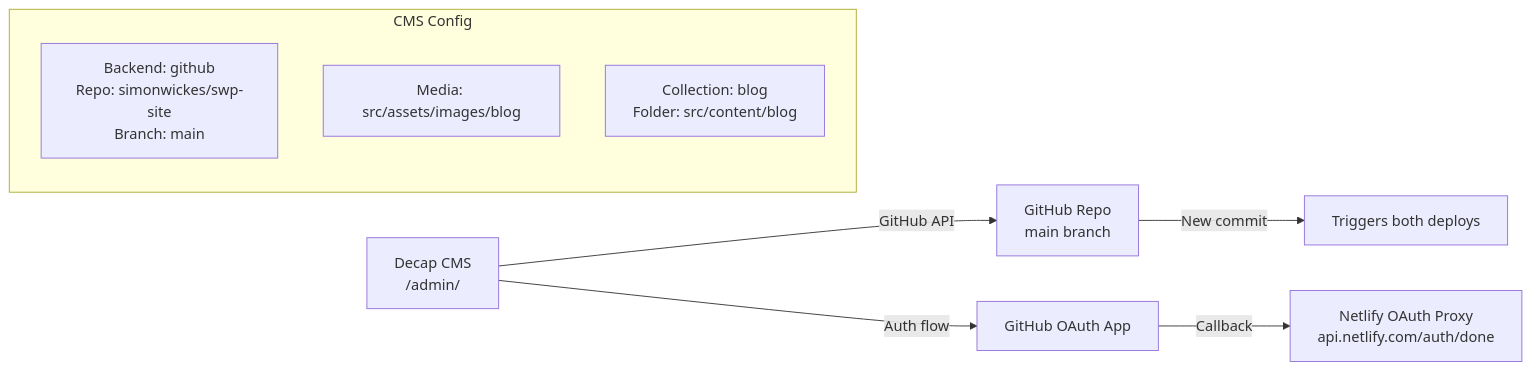
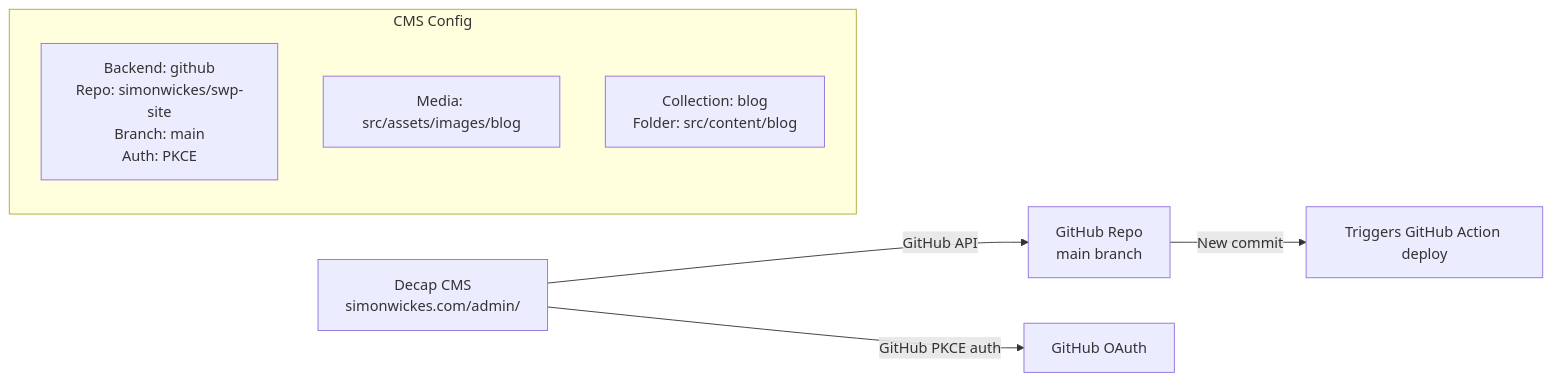
Before and after one commit to simonwickes/swp-site: the seventh of 8 diagrams in docs/ARCHITECTURE.md, drawn with Mermaid. The commit also changed other lines of this file and 19 other files, not shown here.

````diff
--- a/docs/ARCHITECTURE.md
+++ b/docs/ARCHITECTURE.md
@@ -346,13 +273,12 @@
 ```mermaid
 graph LR
-    ADMIN["Decap CMS<br/>/admin/"] -->|"GitHub API"| REPO["GitHub Repo<br/>main branch"]
-    ADMIN -->|"Auth flow"| OAUTH["GitHub OAuth App"]
-    OAUTH -->|"Callback"| PROXY["Netlify OAuth Proxy<br/>api.netlify.com/auth/done"]
-    REPO -->|"New commit"| DEPLOY["Triggers both deploys"]
+    ADMIN["Decap CMS<br/>simonwickes.com/admin/"] -->|"GitHub API"| REPO["GitHub Repo<br/>main branch"]
+    ADMIN -->|"GitHub PKCE auth"| GH["GitHub OAuth"]
+    REPO -->|"New commit"| DEPLOY["Triggers GitHub Action deploy"]
 
     subgraph CMS Config
-        BACKEND["Backend: github<br/>Repo: simonwickes/swp-site<br/>Branch: main"]
+        BACKEND["Backend: github<br/>Repo: simonwickes/swp-site<br/>Branch: main<br/>Auth: PKCE"]
         MEDIA["Media: src/assets/images/blog"]
         COLLECTION["Collection: blog<br/>Folder: src/content/blog"]
     end
 ```
````
